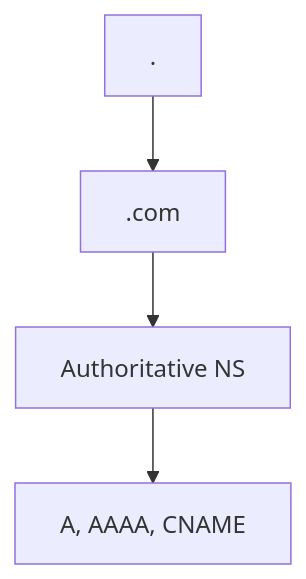
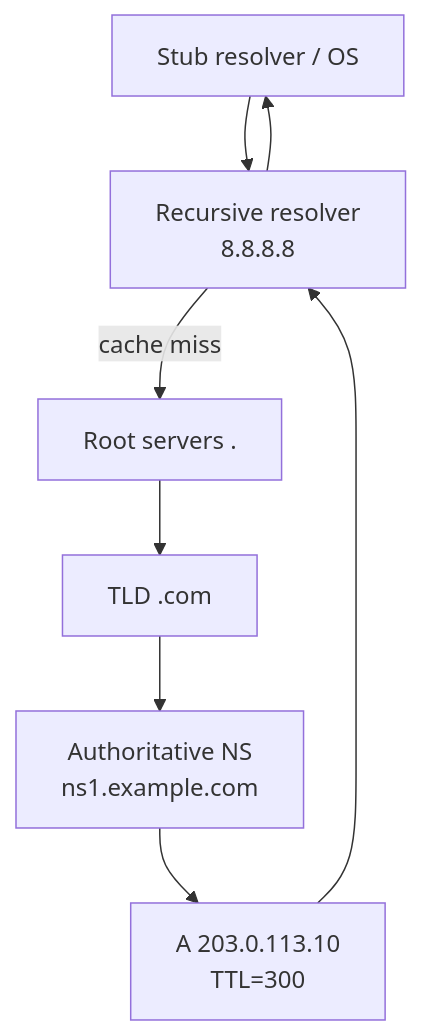
One commit to hareramcse/SystemDesign changed the ninth of 24 diagrams in 01-networking/README.md. Above: the diagram before and after it, drawn with Mermaid. The commit also changed other lines of this file and 14 other files, not shown here.

````diff
--- a/01-networking/README.md
+++ b/01-networking/README.md
@@ -479,6 +617,10 @@
 ```mermaid
 flowchart TB
-    Root[.] --> COM[.com]
-    COM --> Auth[Authoritative NS]
-    Auth --> Records[A, AAAA, CNAME]
+    Client[Stub resolver / OS] --> Rec[Recursive resolver<br/>8.8.8.8]
+    Rec -->|cache miss| Root[Root servers .]
+    Root --> TLD[TLD .com]
+    TLD --> Auth[Authoritative NS<br/>ns1.example.com]
+    Auth --> Ans[A 203.0.113.10<br/>TTL=300]
+    Ans --> Rec
+    Rec --> Client
 ```
````
